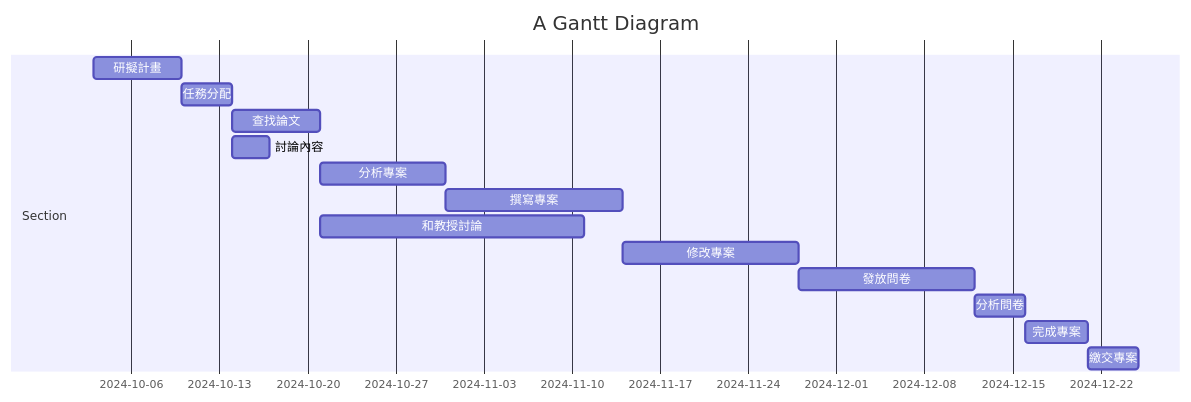
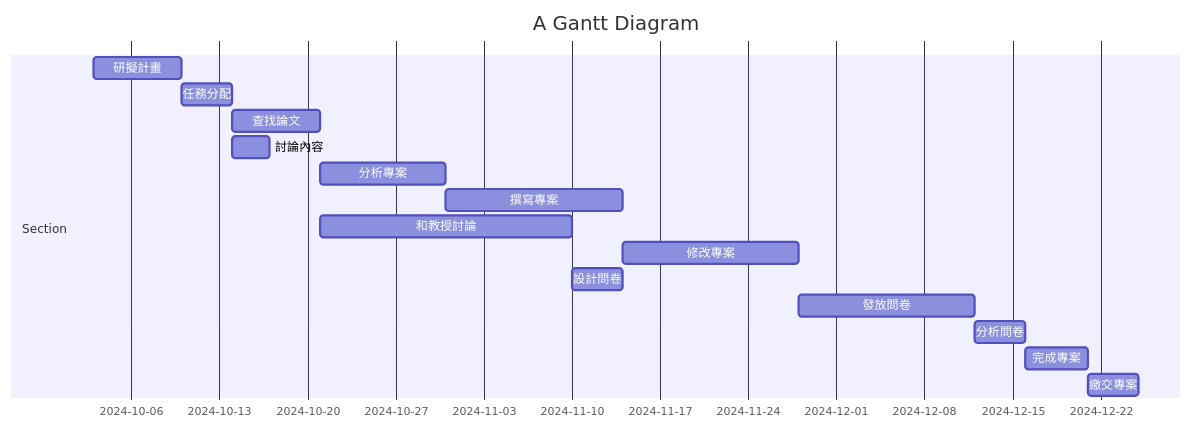
One commit to QzhangQ-Q/- changed the diagram in HW2.md. Above: the diagram before and after it, drawn with Mermaid. The commit also changed other lines of this file, not shown here.

````diff
--- a/HW2.md
+++ b/HW2.md
@@ -2,18 +2,20 @@
 ```mermaid
 gantt
     title A Gantt Diagram
 
     section Section
     研擬計畫           :a1, 2024-10-03, 7d
     任務分配     :a2,after a1  , 4d
     查找論文      :a3,after a2  , 7d
     討論內容      : a4,after a2,3d
     分析專案      : a5,after a3 a4,10d
     撰寫專案      : a6,after a5,14d
-    和教授討論    : a7,after a3,21d
+    和教授討論    : a7,after a3,20d
     修改專案      : a8,after a6,14d
+    設計問卷      :a12,after a7,4d
     發放問卷      : a9,after a7 a8 ,14d
     分析問卷      : a10,after a9,4d
     完成專案      : a11,after a10,5d
     繳交專案      : after a11,4d
+    
 ```
````
